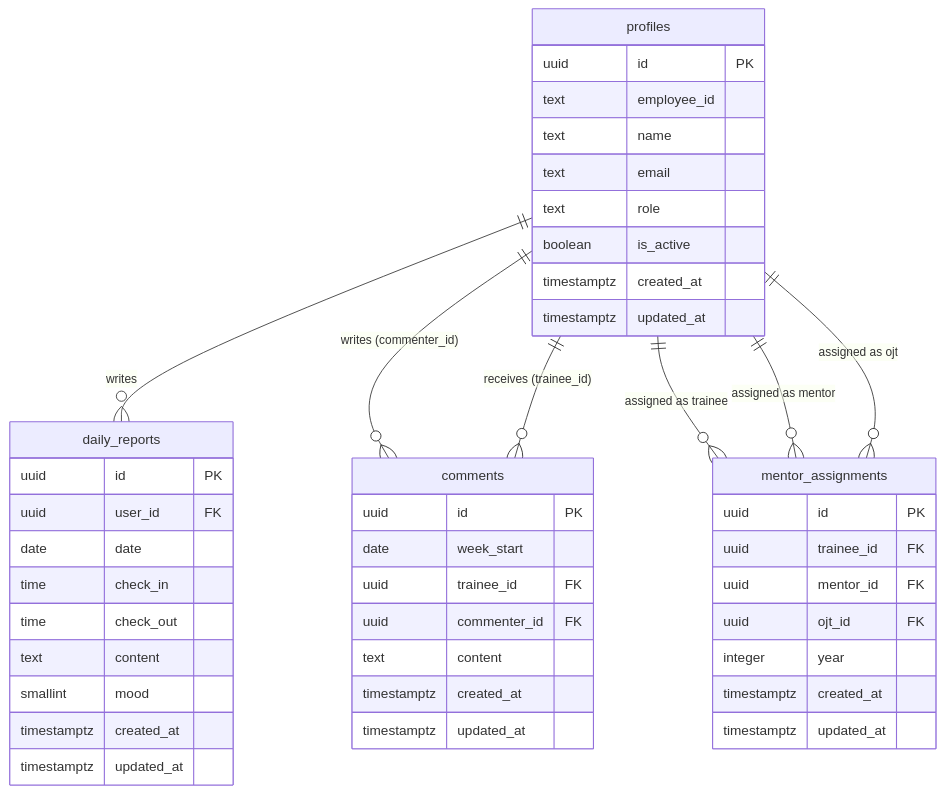
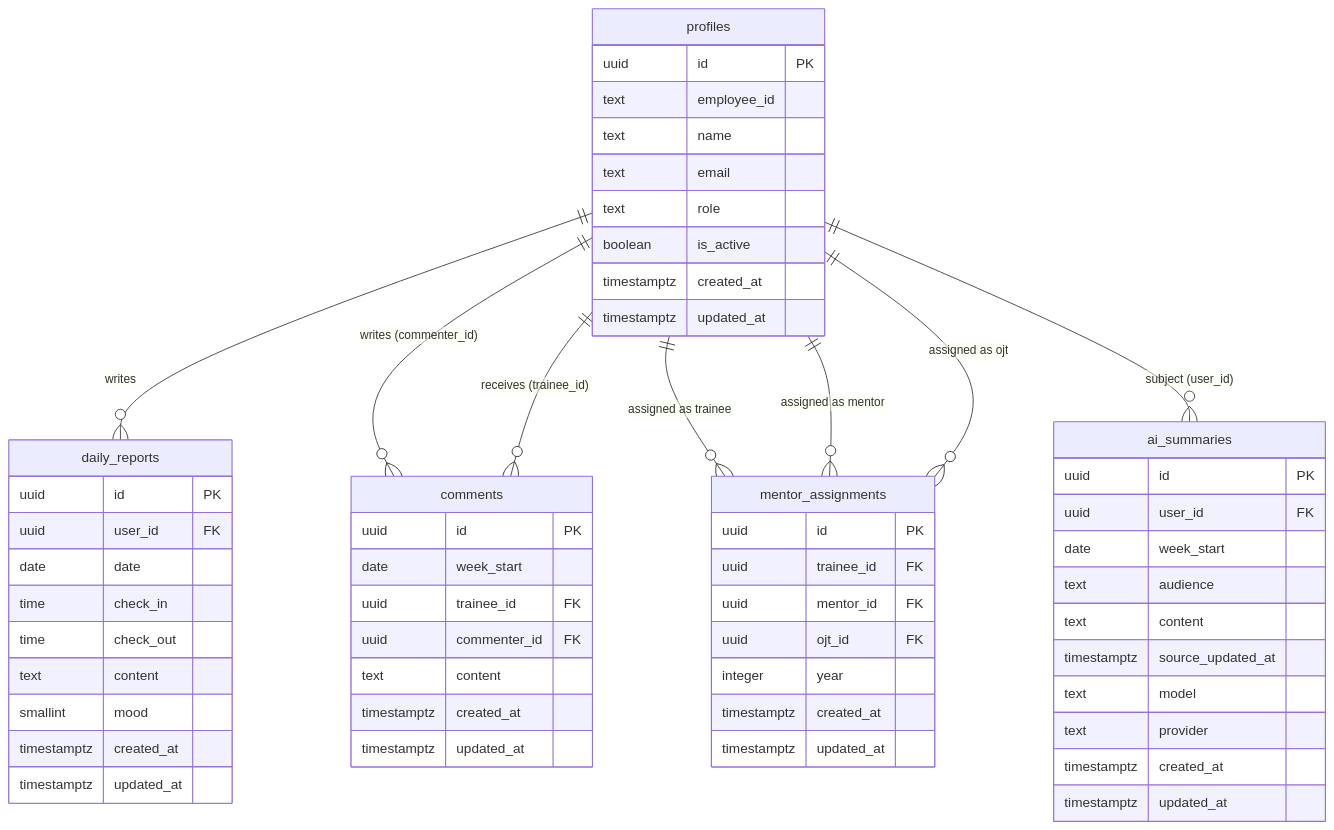
The diagram in docs/db-design.md (cct-ax/joynal), drawn with Mermaid before and after one commit. The commit also changed other lines of this file and 26 other files, not shown here.

````diff
--- a/docs/db-design.md
+++ b/docs/db-design.md
@@ -14,52 +14,66 @@
 ```mermaid
 erDiagram
     profiles {
         uuid id PK
         text employee_id
         text name
         text email
         text role
         boolean is_active
         timestamptz created_at
         timestamptz updated_at
     }
 
     daily_reports {
         uuid id PK
         uuid user_id FK
         date date
         time check_in
         time check_out
         text content
         smallint mood
         timestamptz created_at
         timestamptz updated_at
     }
 
     comments {
         uuid id PK
         date week_start
         uuid trainee_id FK
         uuid commenter_id FK
         text content
         timestamptz created_at
         timestamptz updated_at
     }
 
     mentor_assignments {
         uuid id PK
         uuid trainee_id FK
         uuid mentor_id FK
         uuid ojt_id FK
         integer year
         timestamptz created_at
         timestamptz updated_at
     }
 
+    ai_summaries {
+        uuid id PK
+        uuid user_id FK
+        date week_start
+        text audience
+        text content
+        timestamptz source_updated_at
+        text model
+        text provider
+        timestamptz created_at
+        timestamptz updated_at
+    }
+
     profiles ||--o{ daily_reports : "writes"
     profiles ||--o{ comments : "writes (commenter_id)"
     profiles ||--o{ comments : "receives (trainee_id)"
     profiles ||--o{ mentor_assignments : "assigned as trainee"
     profiles ||--o{ mentor_assignments : "assigned as mentor"
     profiles ||--o{ mentor_assignments : "assigned as ojt"
+    profiles ||--o{ ai_summaries : "subject (user_id)"
 ```
````
